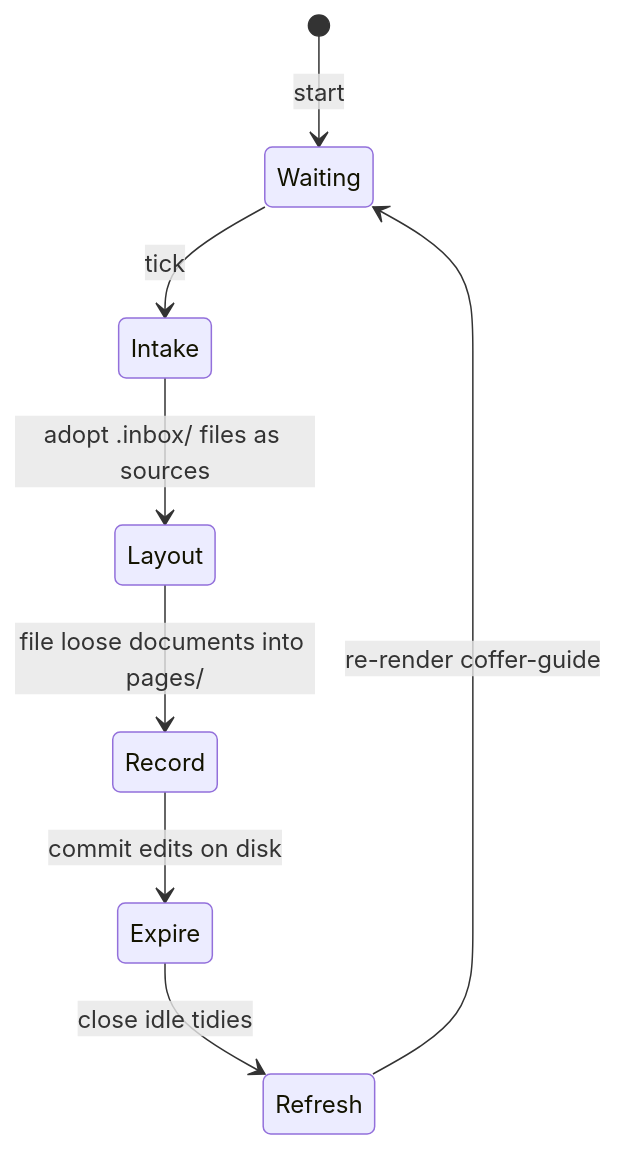
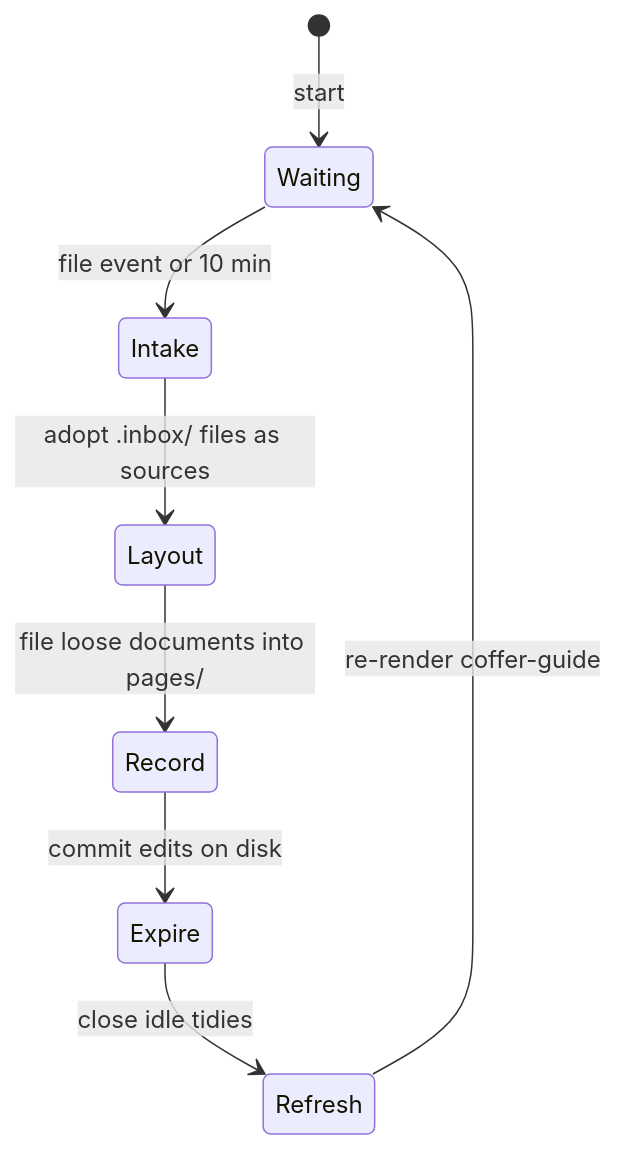
One commit to wyx-sg/Coffer changed the third of 3 diagrams in docs-site/architecture/knowledge.md. Above: the diagram before and after it, drawn with Mermaid. The commit also changed other lines of this file and 34 other files, not shown here.

````diff
--- a/docs-site/architecture/knowledge.md
+++ b/docs-site/architecture/knowledge.md
@@ -327,10 +327,10 @@
 ```mermaid
 stateDiagram-v2
   [*] --> Waiting: start
-  Waiting --> Intake: tick
+  Waiting --> Intake: file event or 10 min
   Intake --> Layout: adopt .inbox/ files as sources
   Layout --> Record: file loose documents into pages/
   Record --> Expire: commit edits on disk
   Expire --> Refresh: close idle tidies
   Refresh --> Waiting: re-render coffer-guide
 ```
````
